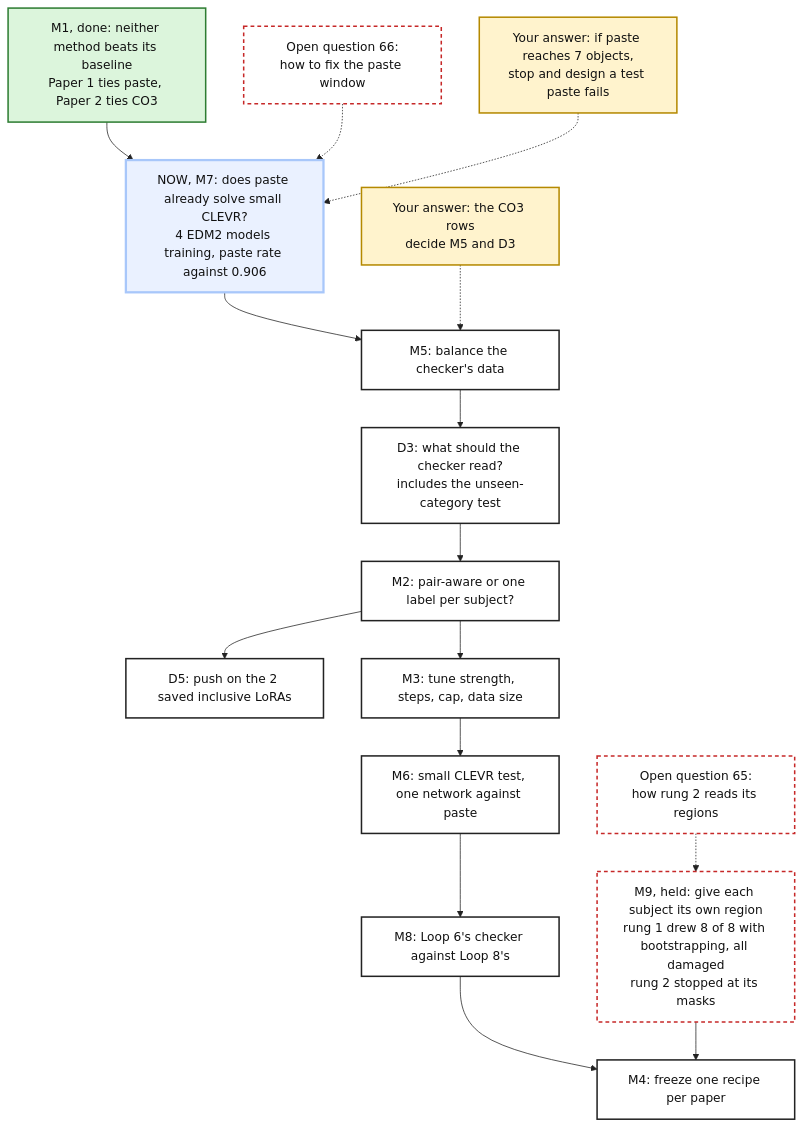
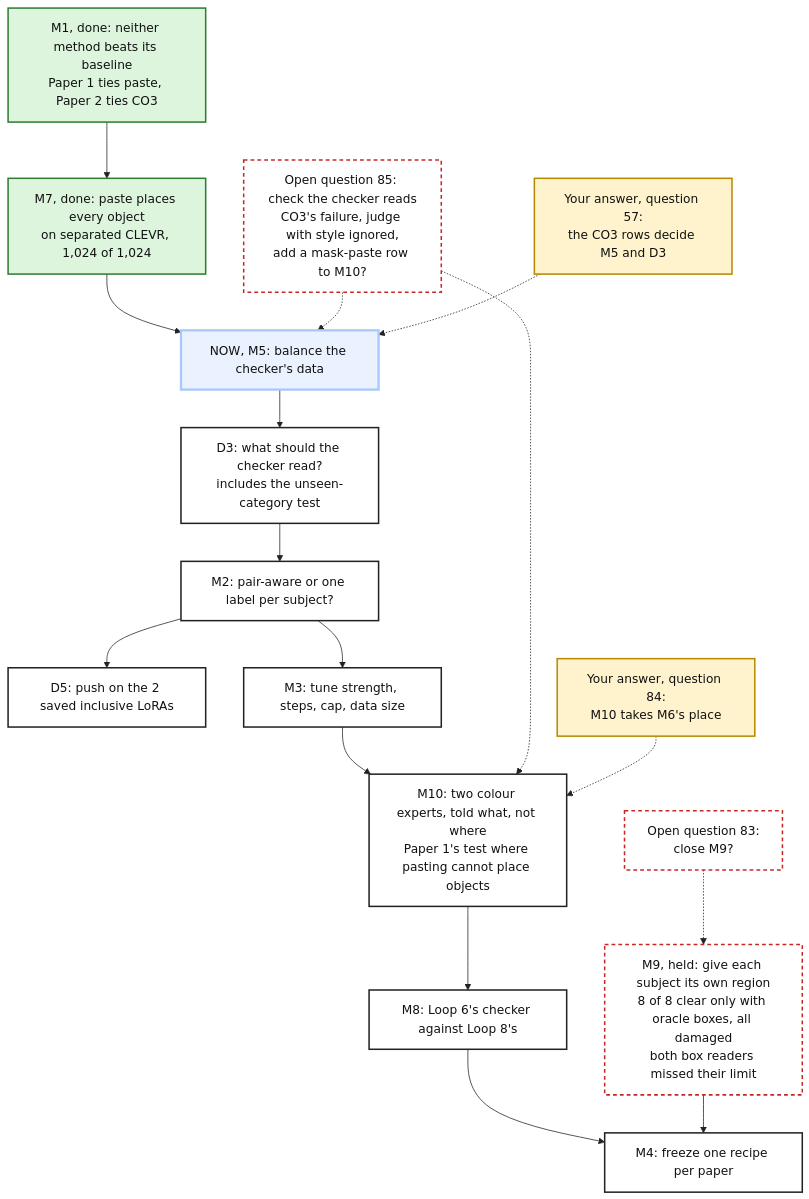
The diagram in artifacts/notes/progress/method-search/loop-6-route.mmd (mo-rsa24/concept-composition), drawn with Mermaid before and after one commit. The commit also changed 11 other files, not shown here.

Commit message:
Loop 6 diagrams brought up to date after the review, and the Stage 2 render smoke passes

```diff
--- a/artifacts/notes/progress/method-search/loop-6-route.mmd
+++ b/artifacts/notes/progress/method-search/loop-6-route.mmd
@@ -1,38 +1,39 @@
 %%{init: {'theme': 'base', 'themeVariables': {'fontFamily': 'monospace', 'primaryColor': '#ffffff', 'primaryBorderColor': '#222222', 'primaryTextColor': '#111111', 'lineColor': '#222222'}}}%%
 flowchart TB
   classDef plain fill:#ffffff,stroke:#222222,stroke-width:2px,color:#111111
   classDef done fill:#dcf5dc,stroke:#2e7d32,stroke-width:2px,color:#111111
   classDef now fill:#eaf1ff,stroke:#a8c7fa,stroke-width:3px,color:#111111
   classDef held fill:#ffffff,stroke:#c62828,stroke-width:2px,stroke-dasharray:5 4,color:#111111
   classDef settled fill:#fff3cd,stroke:#b58900,stroke-width:2px,color:#111111
 
   M1["M1, done: neither method beats its baseline<br/>Paper 1 ties paste, Paper 2 ties CO3"]
-  M7["NOW, M7: does paste already solve small CLEVR?<br/>4 EDM2 models training, paste rate against 0.906"]
-  M5["M5: balance the checker's data"]
+  M7["M7, done: paste places every object<br/>on separated CLEVR, 1,024 of 1,024"]
+  M5["NOW, M5: balance the checker's data"]
   D3["D3: what should the checker read?<br/>includes the unseen-category test"]
   M2["M2: pair-aware or one label per subject?"]
   D5["D5: push on the 2 saved inclusive LoRAs"]
   M3["M3: tune strength, steps, cap, data size"]
-  M6["M6: small CLEVR test, one network against paste"]
+  M10["M10: two colour experts, told what, not where<br/>Paper 1's test where pasting cannot place objects"]
   M8["M8: Loop 6's checker against Loop 8's"]
   M4["M4: freeze one recipe per paper"]
-  M9["M9, held: give each subject its own region<br/>rung 1 drew 8 of 8 with bootstrapping, all damaged<br/>rung 2 stopped at its masks"]
+  M9["M9, held: give each subject its own region<br/>8 of 8 clear only with oracle boxes, all damaged<br/>both box readers missed their limit"]
 
-  Q66["Open question 66:<br/>how to fix the paste window"]
-  Q65["Open question 65:<br/>how rung 2 reads its regions"]
-  Q57["Your answer: the CO3 rows<br/>decide M5 and D3"]
-  Q54["Your answer: if paste reaches 7 objects,<br/>stop and design a test paste fails"]
+  Q85["Open question 85: check the checker reads<br/>CO3's failure, judge with style ignored,<br/>add a mask-paste row to M10?"]
+  Q83["Open question 83:<br/>close M9?"]
+  Q84["Your answer, question 84:<br/>M10 takes M6's place"]
+  Q57["Your answer, question 57:<br/>the CO3 rows decide M5 and D3"]
 
-  M1 --> M7 --> M5 --> D3 --> M2 --> M3 --> M6 --> M8 --> M4
+  M1 --> M7 --> M5 --> D3 --> M2 --> M3 --> M10 --> M8 --> M4
   M2 --> D5
   M9 --> M4
-  Q66 -.-> M7
-  Q65 -.-> M9
+  Q85 -.-> M5
+  Q85 -.-> M10
+  Q83 -.-> M9
+  Q84 -.-> M10
   Q57 -.-> M5
-  Q54 -.-> M7
 
-  class M5,D3,M2,D5,M3,M6,M8,M4 plain
-  class M1 done
-  class M7 now
-  class M9,Q66,Q65 held
-  class Q57,Q54 settled
+  class D3,M2,D5,M3,M10,M8,M4 plain
+  class M1,M7 done
+  class M5 now
+  class M9,Q85,Q83 held
+  class Q84,Q57 settled
```
